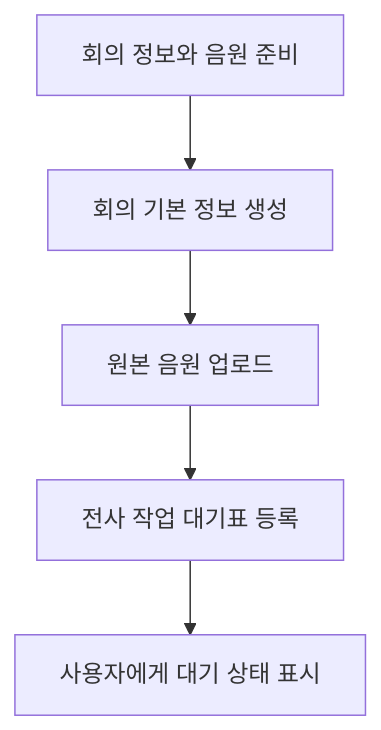
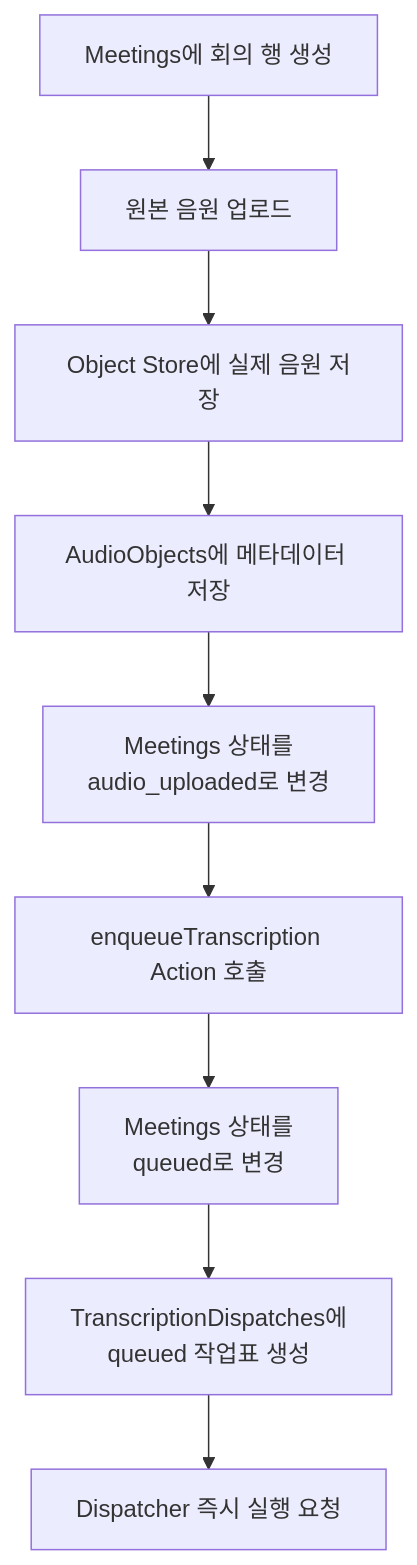
One commit to ericyum/Obsidian changed the diagram in 회의록 앱 (meeting-whisper)/팀 동료 요약 내용/세부 분석/3. 전사 과정 확장/3-2. 회의 생성부터 전사 대기표까지.md. Above: the diagram before and after it, drawn with Mermaid. The commit also changed other lines of this file and 5 other files, not shown here.

````diff
--- a/회의록 앱 (meeting-whisper)/팀 동료 요약 내용/세부 분석/3. 전사 과정 확장/3-2. 회의 생성부터 전사 대기표까지.md
+++ b/회의록 앱 (meeting-whisper)/팀 동료 요약 내용/세부 분석/3. 전사 과정 확장/3-2. 회의 생성부터 전사 대기표까지.md
@@ -7,10 +15,21 @@
 ```mermaid
 flowchart TB
-    FORM["회의 정보와 음원 준비"]
-    CREATE["회의 기본 정보 생성"]
+    CREATE["Meetings에 회의 행 생성"]
     UPLOAD["원본 음원 업로드"]
-    QUEUE["전사 작업 대기표 등록"]
-    RESPONSE["사용자에게 대기 상태 표시"]
+    OBJECT["Object Store에 실제 음원 저장"]
+    META["AudioObjects에 메타데이터 저장"]
+    AUDIOSTATUS["Meetings 상태를<br/>audio_uploaded로 변경"]
+    ACTION["enqueueTranscription Action 호출"]
+    MQUEUE["Meetings 상태를<br/>queued로 변경"]
+    DQUEUE["TranscriptionDispatches에<br/>queued 작업표 생성"]
+    WAKE["Dispatcher 즉시 실행 요청"]
 
-    FORM --> CREATE --> UPLOAD --> QUEUE --> RESPONSE
+    CREATE --> UPLOAD
+    UPLOAD --> OBJECT
+    OBJECT --> META
+    META --> AUDIOSTATUS
+    AUDIOSTATUS --> ACTION
+    ACTION --> MQUEUE
+    MQUEUE --> DQUEUE
+    DQUEUE --> WAKE
 ```
````
